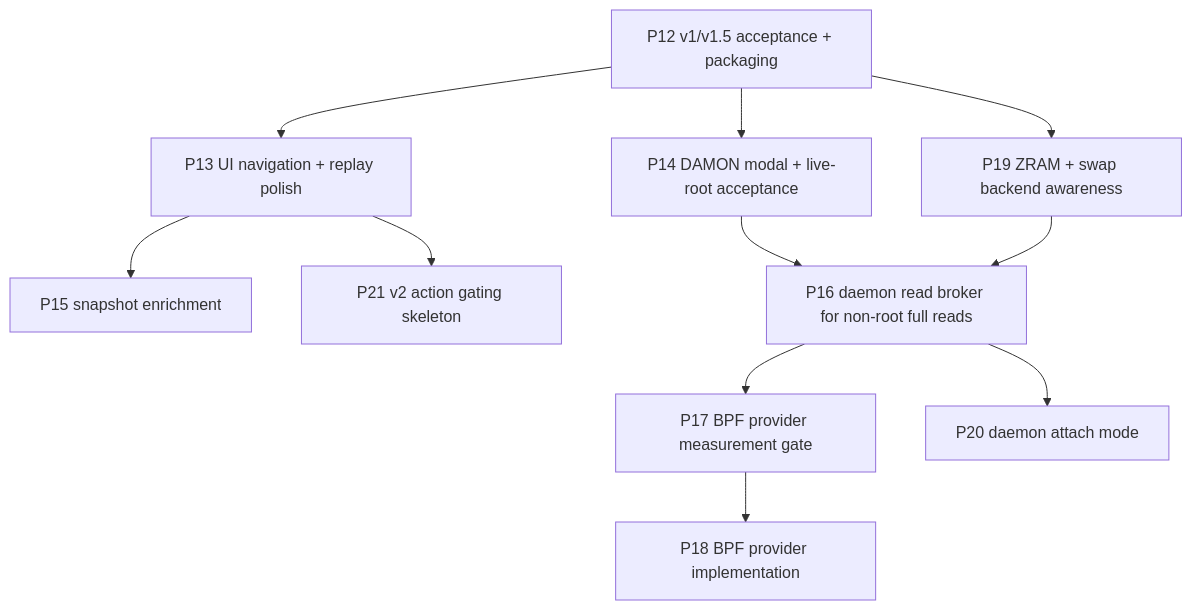
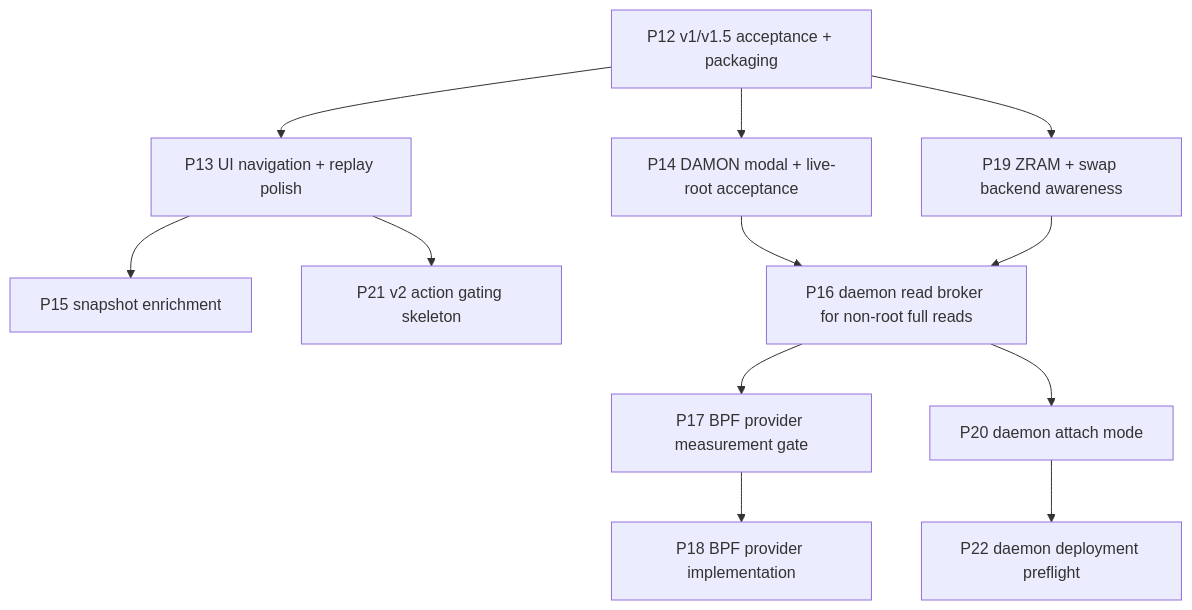
Before and after one commit to volkb79-2/vbpub: the diagram in groop/docs/ROADMAP.md, drawn with Mermaid. The commit also changed other lines of this file and 2 other files, not shown here.

Commit message:
docs(groop): carve P22 daemon deployment handoff

````diff
--- a/groop/docs/ROADMAP.md
+++ b/groop/docs/ROADMAP.md
@@ -27,13 +27,14 @@
 ```mermaid
 flowchart TD
     P12[P12 v1/v1.5 acceptance + packaging] --> P13[P13 UI navigation + replay polish]
     P12 --> P14[P14 DAMON modal + live-root acceptance]
     P13 --> P15[P15 snapshot enrichment]
     P12 --> P19[P19 ZRAM + swap backend awareness]
     P19 --> P16[P16 daemon read broker for non-root full reads]
     P14 --> P16
     P16 --> P17[P17 BPF provider measurement gate]
     P17 --> P18[P18 BPF provider implementation]
     P16 --> P20[P20 daemon attach mode]
+    P20 --> P22[P22 daemon deployment preflight]
     P13 --> P21[P21 v2 action gating skeleton]
 ```
````
